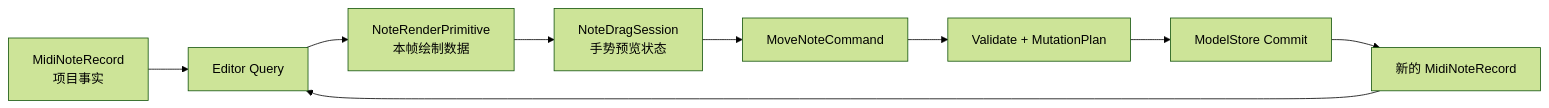
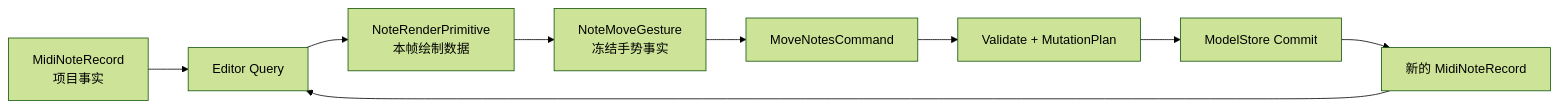
The diagram in packages/project-core/docs/records-classes-and-lifecycles.md (Dyolem/seele-daw), drawn with Mermaid (forest theme) before and after one commit. The commit also changed other lines of this file and 36 other files, not shown here.

Commit message:
feat(studio): move piano roll notes

````diff
--- a/packages/project-core/docs/records-classes-and-lifecycles.md
+++ b/packages/project-core/docs/records-classes-and-lifecycles.md
@@ -184,11 +173,11 @@
 ```mermaid
 flowchart LR
   R["MidiNoteRecord<br/>项目事实"] --> Q["Editor Query"]
   Q --> P["NoteRenderPrimitive<br/>本帧绘制数据"]
-  P --> D["NoteDragSession<br/>手势预览状态"]
-  D --> C["MoveNoteCommand"]
+  P --> D["NoteMoveGesture<br/>冻结手势事实"]
+  D --> C["MoveNotesCommand"]
   C --> V["Validate + MutationPlan"]
   V --> M["ModelStore Commit"]
   M --> N["新的 MidiNoteRecord"]
   N --> Q
 ```
````
